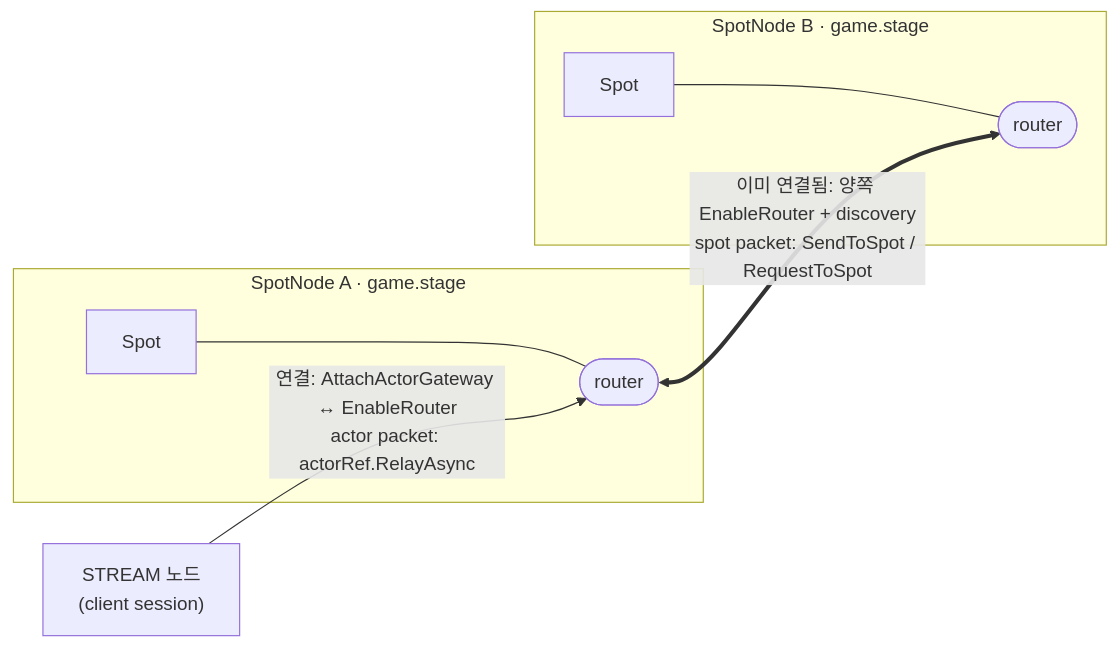
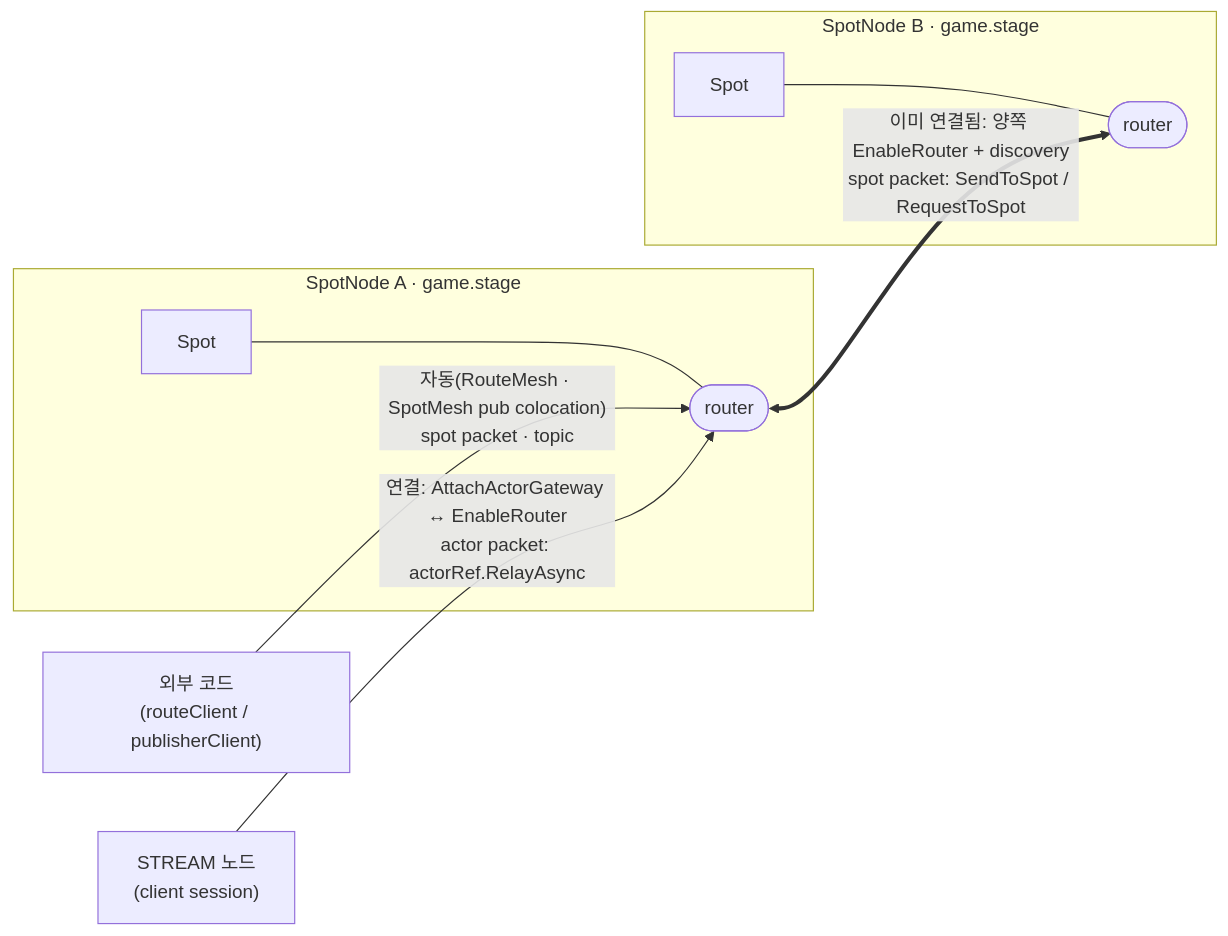
Before and after one commit to kairos-code-dev/zlink: the seventh of 8 diagrams in framework/doc/framework/dotnet/guide/05-spot.ko.md, drawn with Mermaid. The commit also changed other lines of this file, not shown here.

First line of the commit message:
docs(guide): rewire 05-spot to implicit RouteMesh model + multi-node

````diff
--- a/framework/doc/framework/dotnet/guide/05-spot.ko.md
+++ b/framework/doc/framework/dotnet/guide/05-spot.ko.md
@@ -614,11 +609,12 @@
 ```mermaid
 flowchart LR
   subgraph nodeA["SpotNode A · game.stage"]
     spotA["Spot"] --- rA(["router"])
   end
   subgraph nodeB["SpotNode B · game.stage"]
     spotB["Spot"] --- rB(["router"])
   end
   rA <==>|"이미 연결됨: 양쪽 EnableRouter + discovery<br/>spot packet: SendToSpot / RequestToSpot"| rB
+  api["외부 코드<br/>(routeClient / publisherClient)"] -->|"자동(RouteMesh · SpotMesh pub colocation)<br/>spot packet · topic"| rA
   strm["STREAM 노드<br/>(client session)"] -->|"연결: AttachActorGateway ↔ EnableRouter<br/>actor packet: actorRef.RelayAsync"| rA
 ```
````
